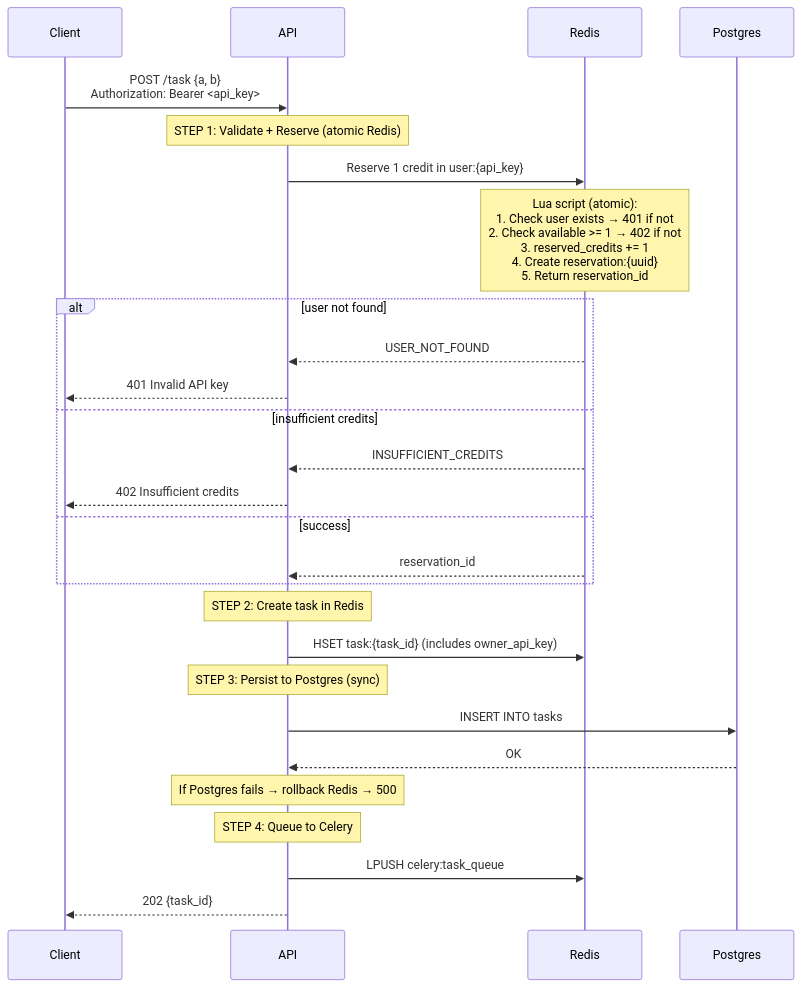
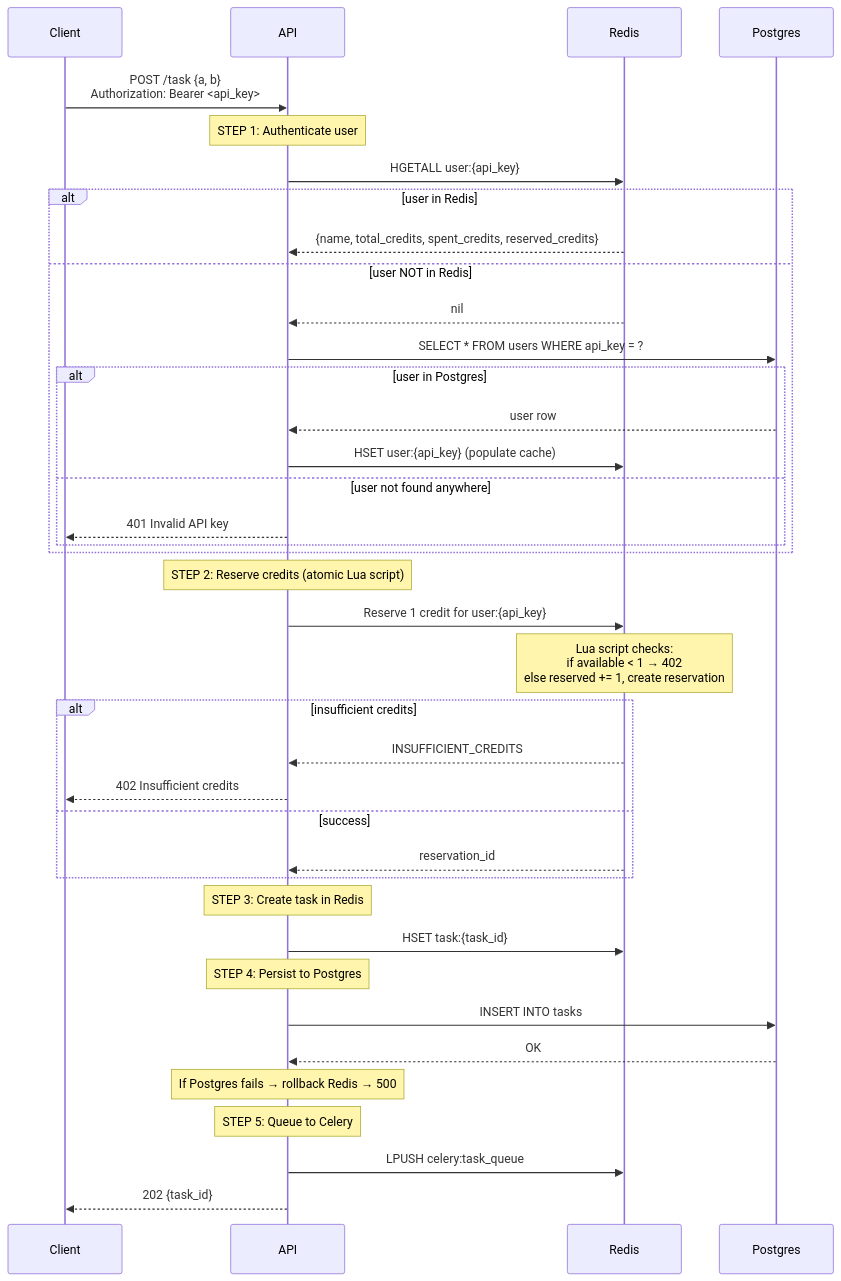
One commit to aregmii/celery-api-quickstart changed the first of 4 diagrams in README.md. Above: the diagram before and after it, drawn with Mermaid. The commit also changed other lines of this file and 19 other files, not shown here.

Commit message:
impl changes based on the latest sequence diagrams

````diff
--- a/README.md
+++ b/README.md
@@ -196,42 +227,56 @@
 ```mermaid
 sequenceDiagram
     participant Client
     participant API
     participant Redis
     participant Postgres
 
     Client->>API: POST /task {a, b}<br/>Authorization: Bearer <api_key>
 
-    Note over API: STEP 1: Validate + Reserve (atomic Redis)
+    Note over API: STEP 1: Authenticate user
 
-    API->>Redis: Reserve 1 credit in user:{api_key}
+    API->>Redis: HGETALL user:{api_key}
 
-    Note over Redis: Lua script (atomic):<br/>1. Check user exists → 401 if not<br/>2. Check available >= 1 → 402 if not<br/>3. reserved_credits += 1<br/>4. Create reservation:{uuid}<br/>5. Return reservation_id
+    alt user in Redis
+        Redis-->>API: {name, total_credits, spent_credits, reserved_credits}
+    else user NOT in Redis
+        Redis-->>API: nil
+        API->>Postgres: SELECT * FROM users WHERE api_key = ?
+        alt user in Postgres
+            Postgres-->>API: user row
+            API->>Redis: HSET user:{api_key} (populate cache)
+        else user not found anywhere
+            API-->>Client: 401 Invalid API key
+        end
+    end
 
-    alt user not found
-        Redis-->>API: USER_NOT_FOUND
-        API-->>Client: 401 Invalid API key
-    else insufficient credits
+    Note over API: STEP 2: Reserve credits (atomic Lua script)
+
+    API->>Redis: Reserve 1 credit for user:{api_key}
+
+    Note over Redis: Lua script checks:<br/>if available < 1 → 402<br/>else reserved += 1, create reservation
+
+    alt insufficient credits
         Redis-->>API: INSUFFICIENT_CREDITS
         API-->>Client: 402 Insufficient credits
     else success
         Redis-->>API: reservation_id
     end
 
-    Note over API: STEP 2: Create task in Redis
+    Note over API: STEP 3: Create task in Redis
 
-    API->>Redis: HSET task:{task_id} (includes owner_api_key)
+    API->>Redis: HSET task:{task_id}
 
-    Note over API: STEP 3: Persist to Postgres (sync)
+    Note over API: STEP 4: Persist to Postgres
 
     API->>Postgres: INSERT INTO tasks
     Postgres-->>API: OK
 
     Note over API: If Postgres fails → rollback Redis → 500
 
-    Note over API: STEP 4: Queue to Celery
+    Note over API: STEP 5: Queue to Celery
 
     API->>Redis: LPUSH celery:task_queue
 
     API-->>Client: 202 {task_id}
 ```
````
